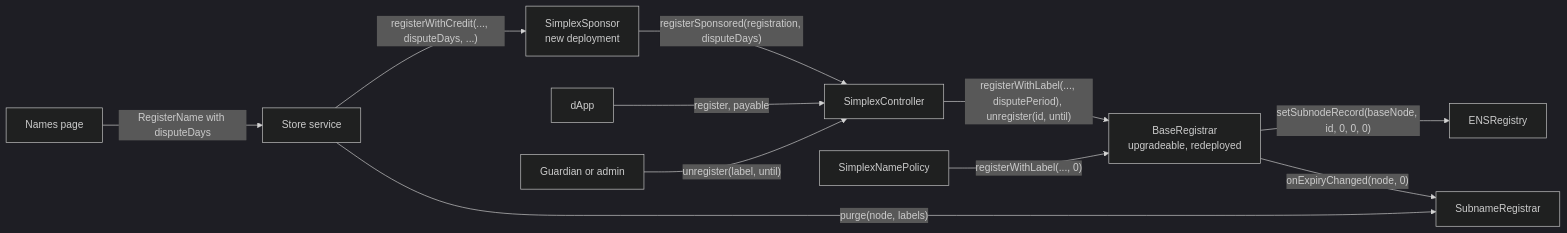
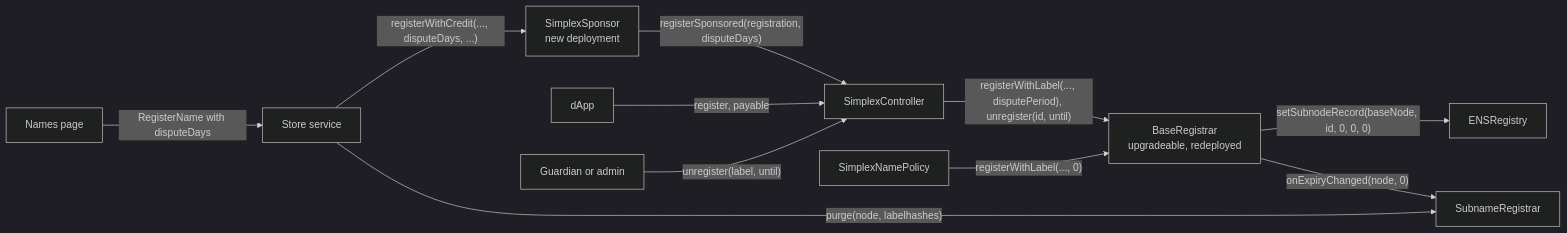
Before and after one commit to brenzi/simplex-namespace-contract: the third of 3 diagrams in docs/plans/dispute-period.md, drawn with Mermaid (dark theme). The commit also changed other lines of this file and 3 other files, not shown here.

````diff
--- a/docs/plans/dispute-period.md
+++ b/docs/plans/dispute-period.md
@@ -146,13 +146,13 @@
 ```mermaid
 flowchart LR
   page["Names page"] -->|"RegisterName with disputeDays"| service["Store service"]
   service -->|"registerWithCredit(..., disputeDays, ...)"| sponsor["SimplexSponsor<br/>new deployment"]
   sponsor -->|"registerSponsored(registration, disputeDays)"| controller["SimplexController"]
   dapp["dApp"] -->|"register, payable"| controller
   guardian["Guardian or admin"] -->|"unregister(label, until)"| controller
   controller -->|"registerWithLabel(..., disputePeriod), unregister(id, until)"| registrar["BaseRegistrar<br/>upgradeable, redeployed"]
   policy["SimplexNamePolicy"] -->|"registerWithLabel(..., 0)"| registrar
   registrar -->|"setSubnodeRecord(baseNode, id, 0, 0, 0)"| registry["ENSRegistry"]
   registrar -->|"onExpiryChanged(node, 0)"| subnames["SubnameRegistrar"]
-  service -->|"purge(node, labels)"| subnames
+  service -->|"purge(node, labelhashes)"| subnames
 ```
````
